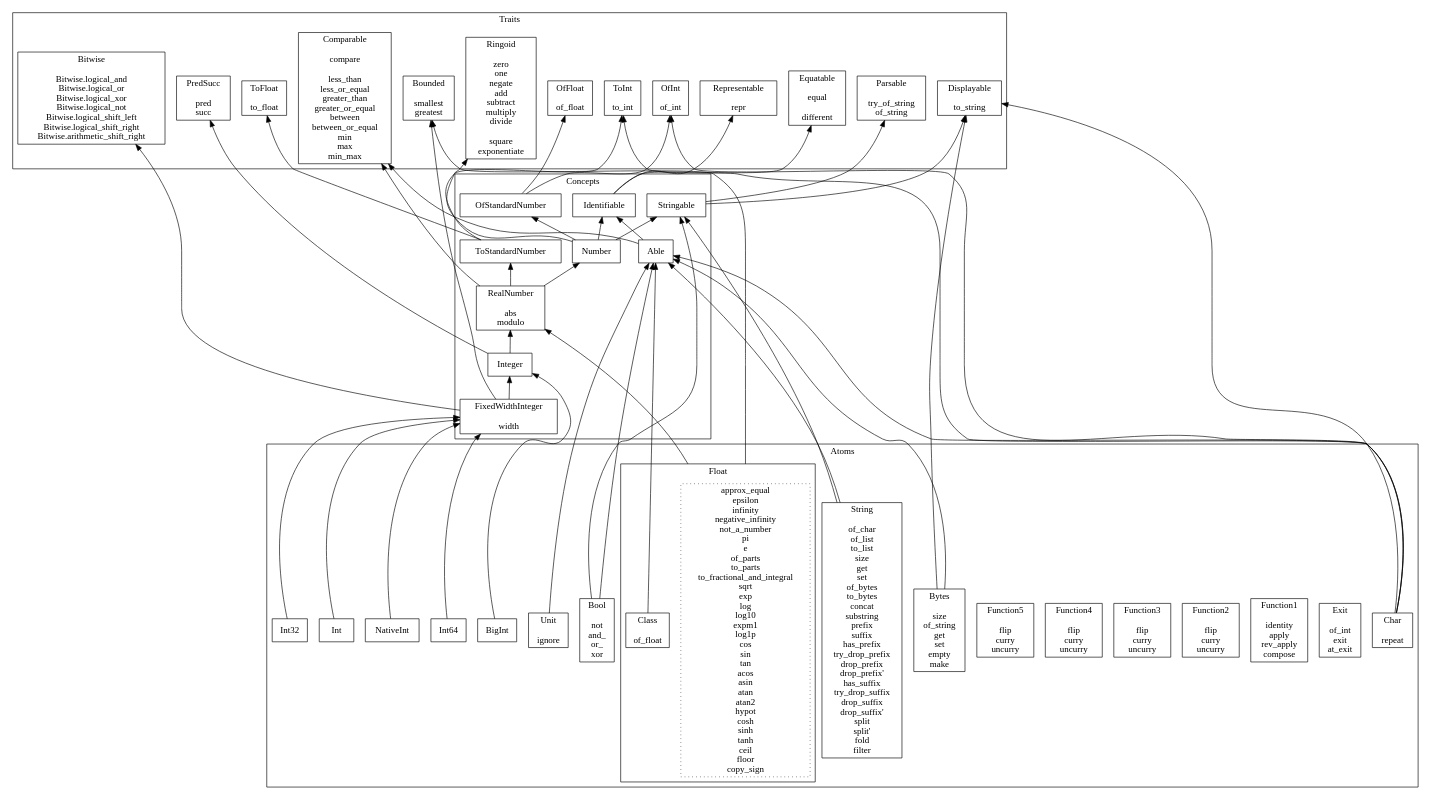
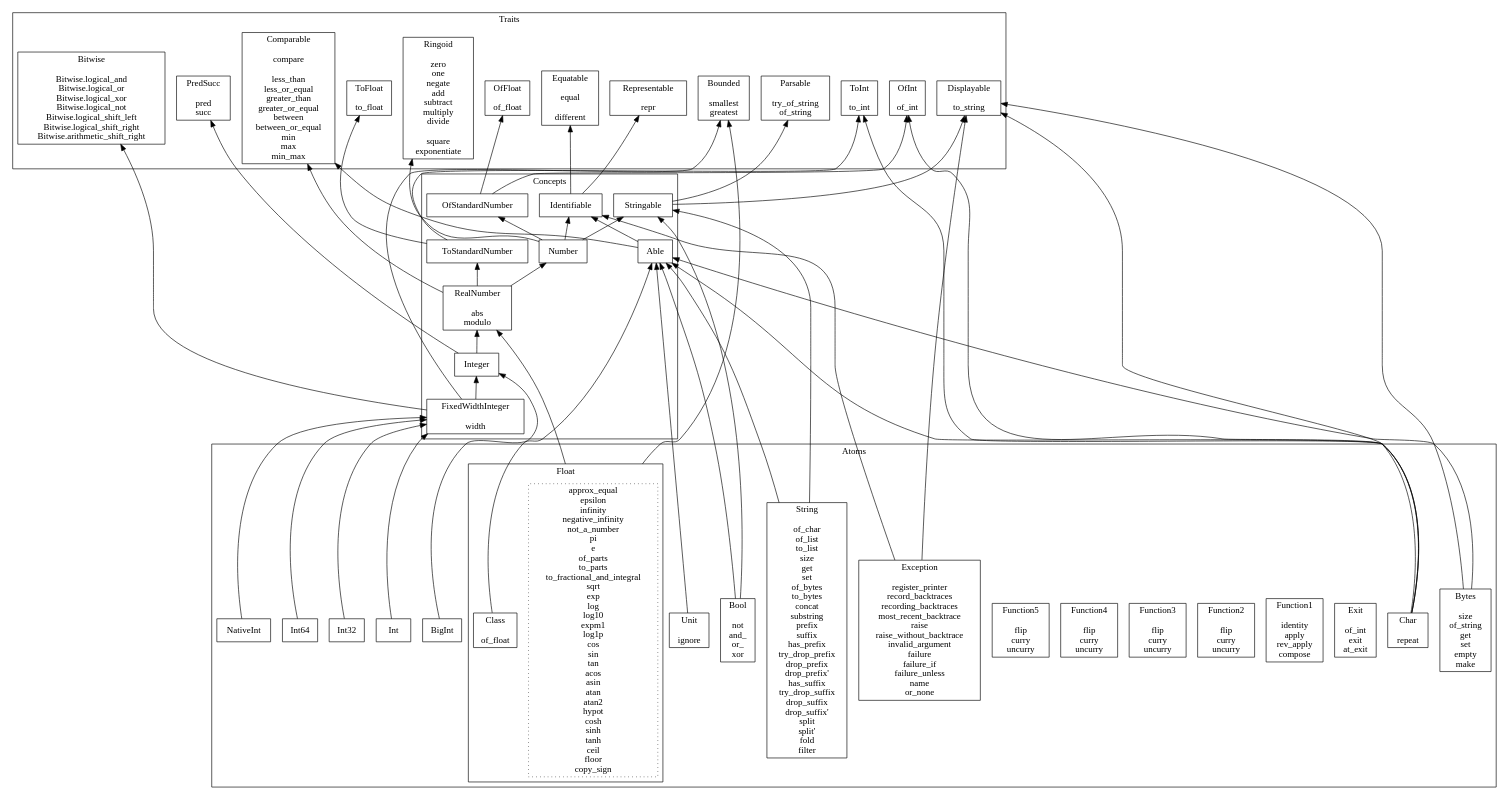
Before and after one commit to jacquev6/General: the diagram in src/Generated/Facets.dot, drawn with Graphviz. The commit also changed 9 other files, not shown here.

```diff
--- a/src/Generated/Facets.dot
+++ b/src/Generated/Facets.dot
@@ -1,102 +1,105 @@
 digraph {
   compound=true
   rankdir="BT"
   node [shape="box"]
   subgraph cluster_Traits {
     label="Traits"
     labelloc="b"
     representable [label="Representable\n\nrepr"]
     equatable [label="Equatable\n\nequal\n\ndifferent"]
     displayable [label="Displayable\n\nto_string"]
     parsable [label="Parsable\n\ntry_of_string\nof_string"]
     comparable [label="Comparable\n\ncompare\n\nless_than\nless_or_equal\ngreater_than\ngreater_or_equal\nbetween\nbetween_or_equal\nmin\nmax\nmin_max"]
     ringoid [label="Ringoid\n\nzero\none\nnegate\nadd\nsubtract\nmultiply\ndivide\n\nsquare\nexponentiate"]
     ofint [label="OfInt\n\nof_int"]
     toint [label="ToInt\n\nto_int"]
     offloat [label="OfFloat\n\nof_float"]
     tofloat [label="ToFloat\n\nto_float"]
     predsucc [label="PredSucc\n\npred\nsucc"]
     bounded [label="Bounded\n\nsmallest\ngreatest"]
     bitwise [label="Bitwise\n\nBitwise.logical_and\nBitwise.logical_or\nBitwise.logical_xor\nBitwise.logical_not\nBitwise.logical_shift_left\nBitwise.logical_shift_right\nBitwise.arithmetic_shift_right"]
   }
   subgraph cluster_Concepts {
     label="Concepts"
     labelloc="b"
     identifiable [label="Identifiable"]
     able [label="Able"]
     stringable [label="Stringable"]
     ofstandardnumber [label="OfStandardNumber"]
     number [label="Number"]
     tostandardnumber [label="ToStandardNumber"]
     realnumber [label="RealNumber\n\nabs\nmodulo"]
     integer [label="Integer"]
     fixedwidthinteger [label="FixedWidthInteger\n\nwidth"]
   }
   subgraph cluster_Atoms {
     label="Atoms"
     labelloc="b"
+    exception [label="Exception\n\nregister_printer\nrecord_backtraces\nrecording_backtraces\nmost_recent_backtrace\nraise\nraise_without_backtrace\ninvalid_argument\nfailure\nfailure_if\nfailure_unless\nname\nor_none"]
     exit [label="Exit\n\nof_int\nexit\nat_exit"]
     function1 [label="Function1\n\nidentity\napply\nrev_apply\ncompose"]
     function2 [label="Function2\n\nflip\ncurry\nuncurry"]
     function3 [label="Function3\n\nflip\ncurry\nuncurry"]
     function4 [label="Function4\n\nflip\ncurry\nuncurry"]
     function5 [label="Function5\n\nflip\ncurry\nuncurry"]
     unit [label="Unit\n\nignore"]
     bool [label="Bool\n\nnot\nand_\nor_\nxor"]
     char [label="Char\n\nrepeat"]
     int [label="Int"]
     int32 [label="Int32"]
     int64 [label="Int64"]
     nativeint [label="NativeInt"]
     bigint [label="BigInt"]
     subgraph cluster_Float {
       label="Float"
       labelloc="b"
       float [style="dotted",label="approx_equal\nepsilon\ninfinity\nnegative_infinity\nnot_a_number\npi\ne\nof_parts\nto_parts\nto_fractional_and_integral\nsqrt\nexp\nlog\nlog10\nexpm1\nlog1p\ncos\nsin\ntan\nacos\nasin\natan\natan2\nhypot\ncosh\nsinh\ntanh\nceil\nfloor\ncopy_sign"]
       float_class [label="Class\n\nof_float"]
     }
     string [label="String\n\nof_char\nof_list\nto_list\nsize\nget\nset\nof_bytes\nto_bytes\nconcat\nsubstring\nprefix\nsuffix\nhas_prefix\ntry_drop_prefix\ndrop_prefix\ndrop_prefix'\nhas_suffix\ntry_drop_suffix\ndrop_suffix\ndrop_suffix'\nsplit\nsplit'\nfold\nfilter"]
     bytes [label="Bytes\n\nsize\nof_string\nget\nset\nempty\nmake"]
   }
   identifiable -> equatable
   identifiable -> representable
   able -> identifiable
   able -> comparable
   stringable -> displayable
   stringable -> parsable
   ofstandardnumber -> ofint
   ofstandardnumber -> offloat
   number -> identifiable
   number -> stringable
   number -> ringoid
   number -> ofstandardnumber
   tostandardnumber -> toint
   tostandardnumber -> tofloat
   realnumber -> number
   realnumber -> comparable
   realnumber -> tostandardnumber
   integer -> realnumber
   integer -> predsucc
   fixedwidthinteger -> integer
   fixedwidthinteger -> bounded
   fixedwidthinteger -> bitwise
+  exception -> identifiable
+  exception -> displayable
   unit -> able
   bool -> able
   bool -> stringable
   char -> able
   char -> displayable
   char -> ofint
   char -> toint
   int -> fixedwidthinteger
   int32 -> fixedwidthinteger
   int64 -> fixedwidthinteger
   nativeint -> fixedwidthinteger
   bigint -> integer
   float -> realnumber [ltail="cluster_Float"]
   float -> bounded [ltail="cluster_Float"]
   float_class -> able
   string -> able
   string -> stringable
   bytes -> able
   bytes -> displayable
 }
```
